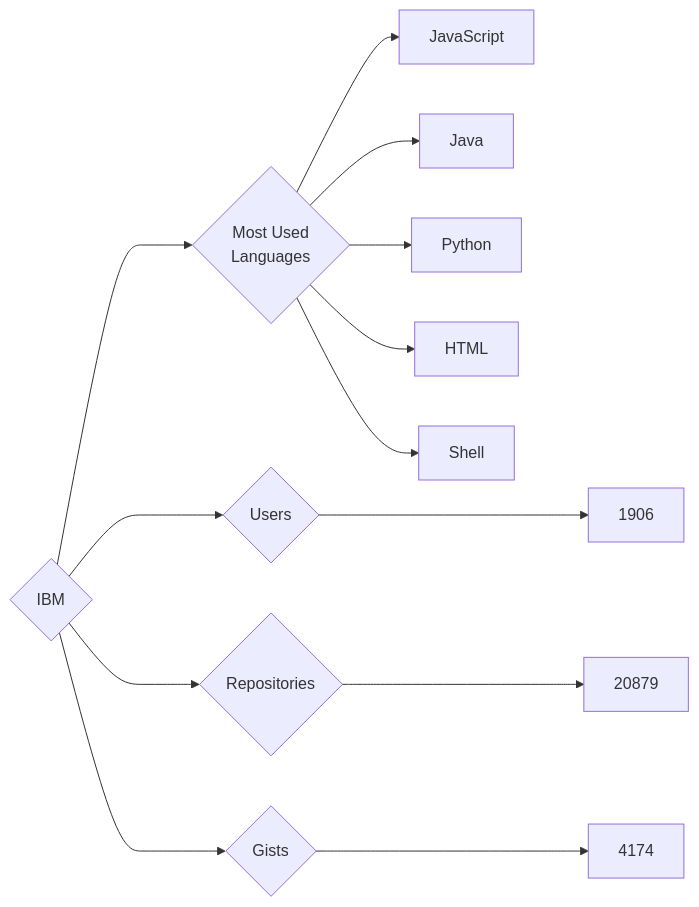
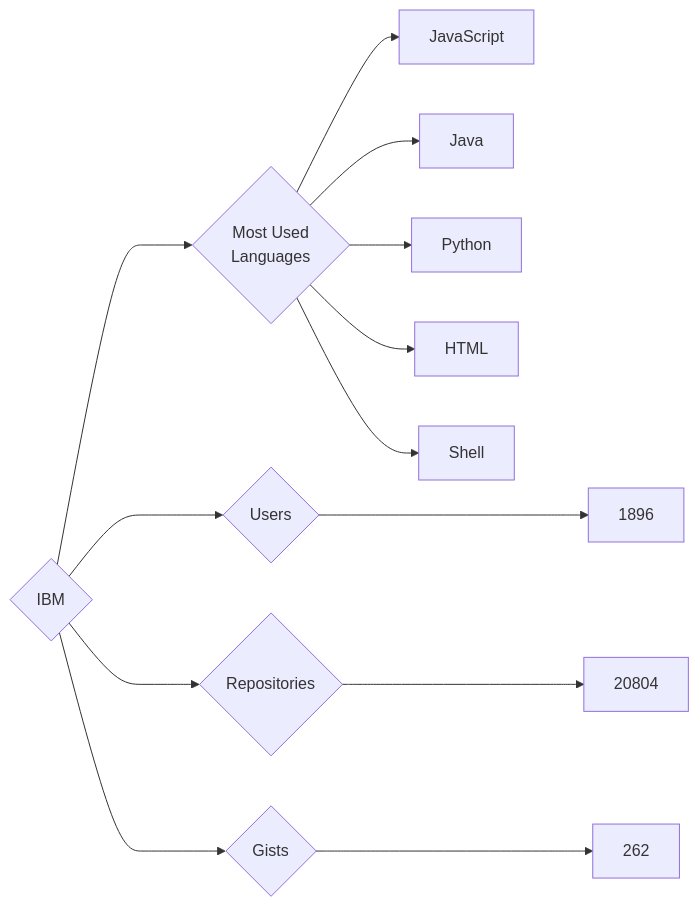
The diagram in targets/IBM/README.md (trickest/insiders), drawn with Mermaid before and after one commit. The commit also changed 679 other files, not shown here.

````diff
--- a/targets/IBM/README.md
+++ b/targets/IBM/README.md
@@ -3,13 +3,13 @@
 ```mermaid
 graph LR
 COMPANY_NAME{IBM}
-COMPANY_NAME ---> U{Users} ---> UN[1906]
-COMPANY_NAME ---> R{Repositories} ---> RN[20879]
-COMPANY_NAME ---> G{Gists} ---> GN[4174]
+COMPANY_NAME ---> U{Users} ---> UN[1896]
+COMPANY_NAME ---> R{Repositories} ---> RN[20804]
+COMPANY_NAME ---> G{Gists} ---> GN[262]
 COMPANY_NAME ---> ML{Most Used<br>Languages}
 ML --> JavaScript[JavaScript]
 ML --> Java[Java]
 ML --> Python[Python]
 ML --> HTML[HTML]
 ML --> Shell[Shell]
 ```
````
